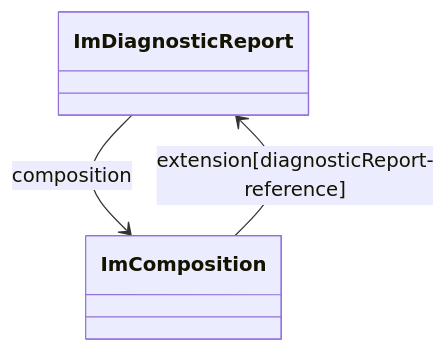
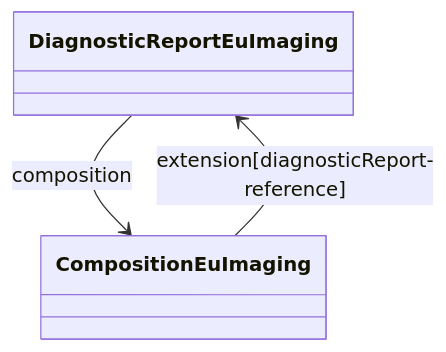
One commit to hl7-eu/imaging changed the diagram in igs/r4/input/pagecontent/design-consideration-composition-diagnosticreport.md. Above: the diagram before and after it, drawn with Mermaid. The commit also changed 142 other files, not shown here.

````diff
--- a/igs/r4/input/pagecontent/design-consideration-composition-diagnosticreport.md
+++ b/igs/r4/input/pagecontent/design-consideration-composition-diagnosticreport.md
@@ -17,7 +17,7 @@
 ``` mermaid
 classDiagram
-    class ImDiagnosticReport
-    class ImComposition
-    ImDiagnosticReport --> ImComposition: composition
-    ImComposition --> ImDiagnosticReport: extension[diagnosticReport-reference]
+    class DiagnosticReportEuImaging
+    class CompositionEuImaging
+    DiagnosticReportEuImaging --> CompositionEuImaging: composition
+    CompositionEuImaging --> DiagnosticReportEuImaging: extension[diagnosticReport-reference]
 ```
````
